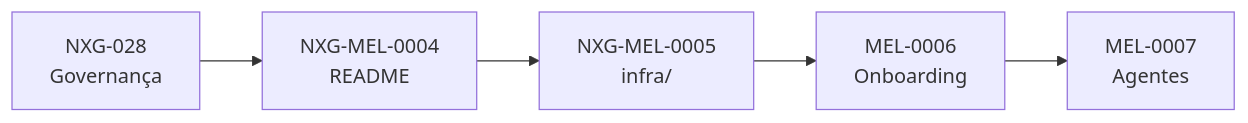
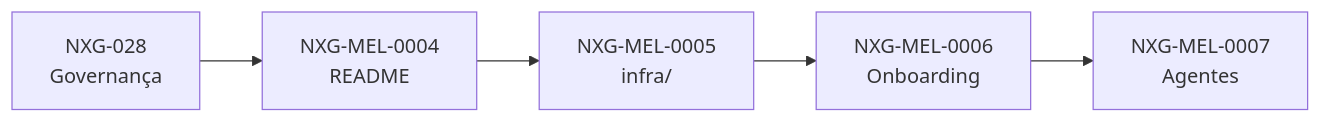
One commit to RafaCartaxo/operating-vault changed the diagram in 04 Projetos/Nxgest/Epicos/NXG-EPIC-0001 Organizacao do NX Gest/00 README.md. Above: the diagram before and after it, drawn with Mermaid. The commit also changed other lines of this file and 11 other files, not shown here.

````diff
--- a/04 Projetos/Nxgest/Epicos/NXG-EPIC-0001 Organizacao do NX Gest/00 README.md
+++ b/04 Projetos/Nxgest/Epicos/NXG-EPIC-0001 Organizacao do NX Gest/00 README.md
@@ -56,7 +57,7 @@
 ```mermaid
 flowchart LR
     A[NXG-028\nGovernança] --> B[NXG-MEL-0004\nREADME]
     B --> C[NXG-MEL-0005\ninfra/]
-    C --> D[MEL-0006\nOnboarding]
-    D --> E[MEL-0007\nAgentes]
+    C --> D[NXG-MEL-0006\nOnboarding]
+    D --> E[NXG-MEL-0007\nAgentes]
 ```
````
